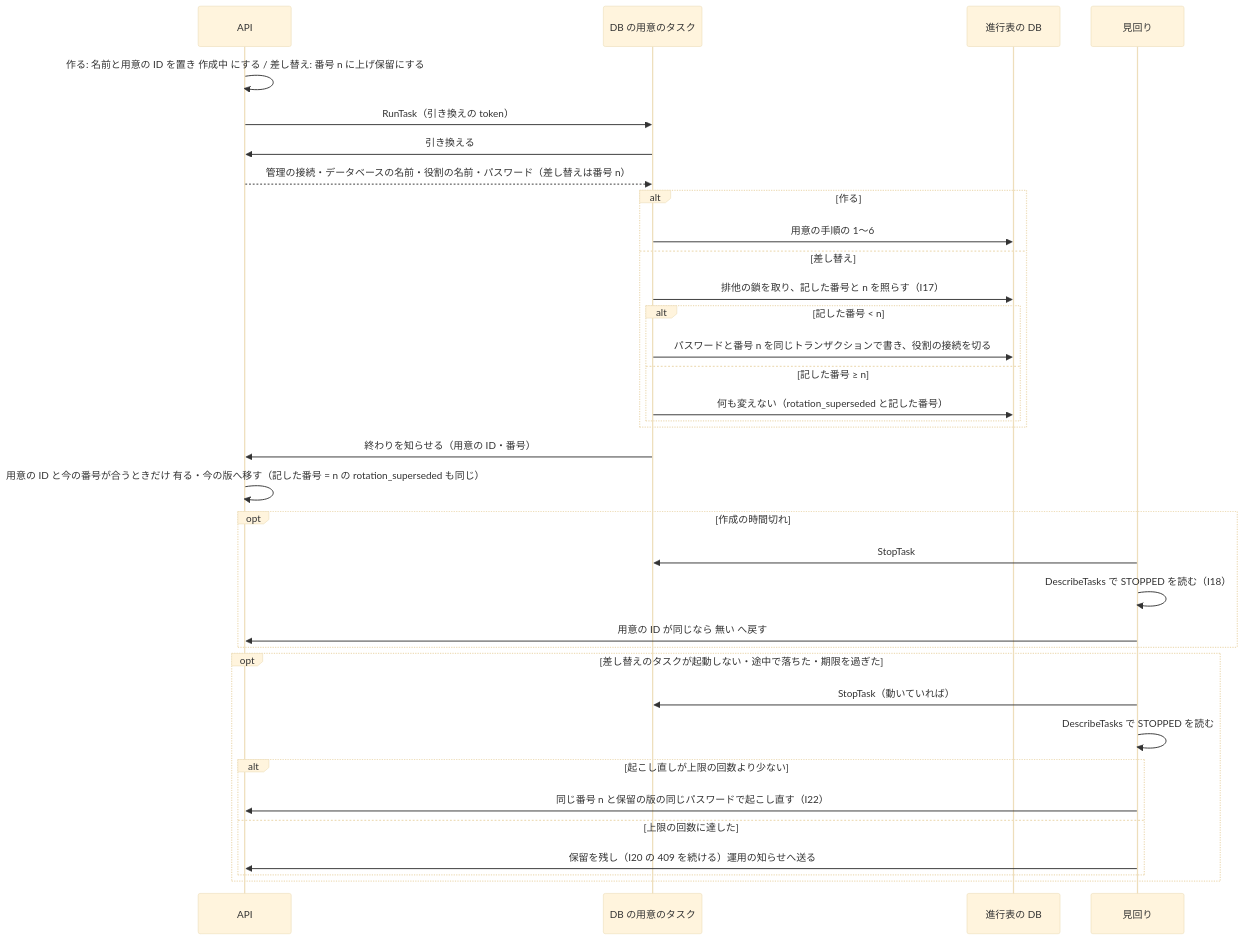
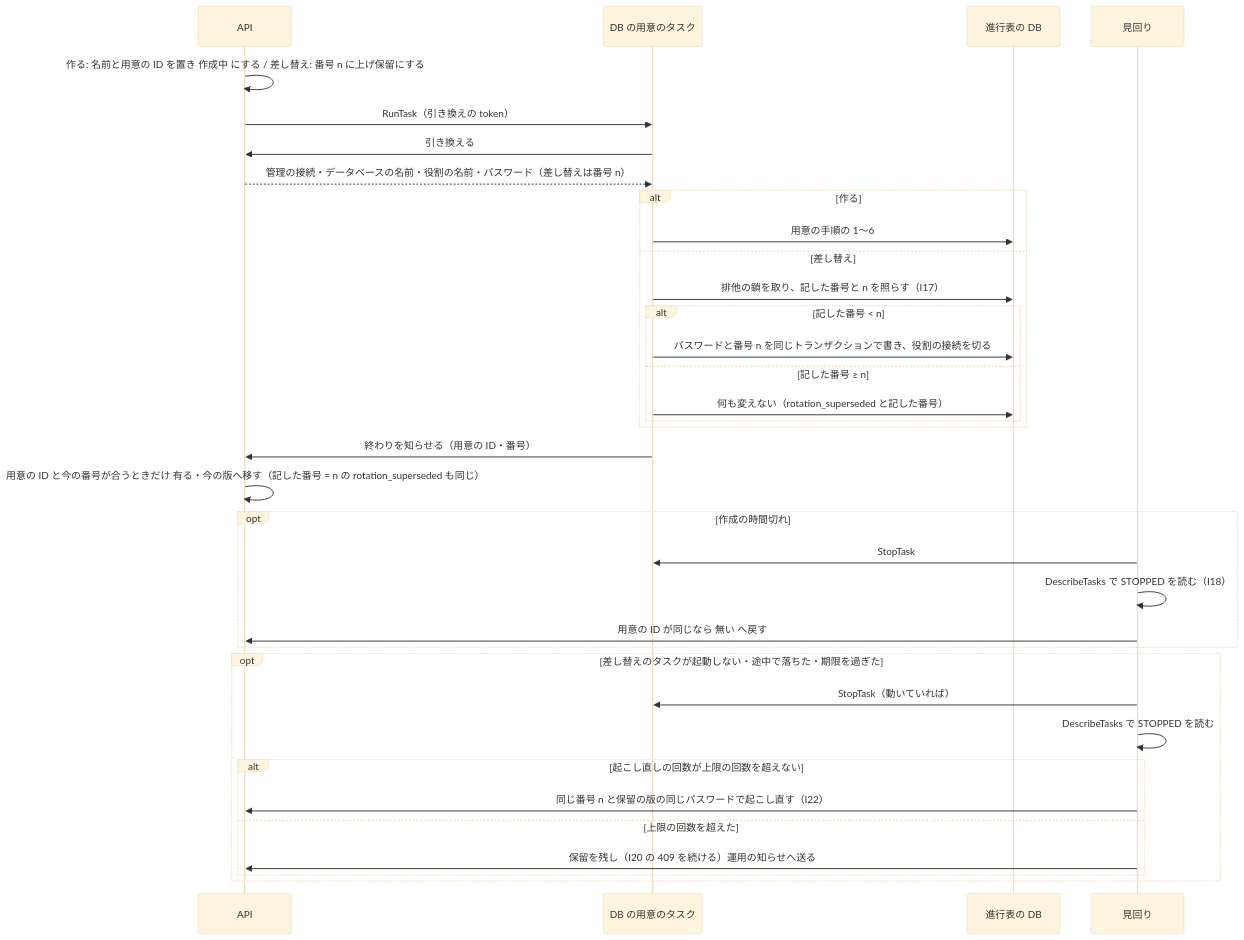
Before and after one commit to devbasex/nd-factory: the eighth of 10 diagrams in issues/issue-32-design.md, drawn with Mermaid (base theme). The commit also changed other lines of this file and 1 other file, not shown here.

````diff
--- a/issues/issue-32-design.md
+++ b/issues/issue-32-design.md
@@ -483,37 +491,37 @@
 ```mermaid
 sequenceDiagram
     participant API as API
     participant TK as DB の用意のタスク
     participant DB as 進行表の DB
     participant PT as 見回り
     API->>API: 作る: 名前と用意の ID を置き 作成中 にする / 差し替え: 番号 n に上げ保留にする
     API->>TK: RunTask（引き換えの token）
     TK->>API: 引き換える
     API-->>TK: 管理の接続・データベースの名前・役割の名前・パスワード（差し替えは番号 n）
     alt 作る
         TK->>DB: 用意の手順の 1〜6
     else 差し替え
         TK->>DB: 排他の鎖を取り、記した番号と n を照らす（I17）
         alt 記した番号 < n
             TK->>DB: パスワードと番号 n を同じトランザクションで書き、役割の接続を切る
         else 記した番号 ≥ n
             TK->>DB: 何も変えない（rotation_superseded と記した番号）
         end
     end
     TK->>API: 終わりを知らせる（用意の ID・番号）
     API->>API: 用意の ID と今の番号が合うときだけ 有る・今の版へ移す（記した番号 = n の rotation_superseded も同じ）
     opt 作成の時間切れ
         PT->>TK: StopTask
         PT->>PT: DescribeTasks で STOPPED を読む（I18）
         PT->>API: 用意の ID が同じなら 無い へ戻す
     end
     opt 差し替えのタスクが起動しない・途中で落ちた・期限を過ぎた
         PT->>TK: StopTask（動いていれば）
         PT->>PT: DescribeTasks で STOPPED を読む
-        alt 起こし直しが上限の回数より少ない
+        alt 起こし直しの回数が上限の回数を超えない
             PT->>API: 同じ番号 n と保留の版の同じパスワードで起こし直す（I22）
-        else 上限の回数に達した
+        else 上限の回数を超えた
             PT->>API: 保留を残し（I20 の 409 を続ける）運用の知らせへ送る
         end
     end
 ```
````
